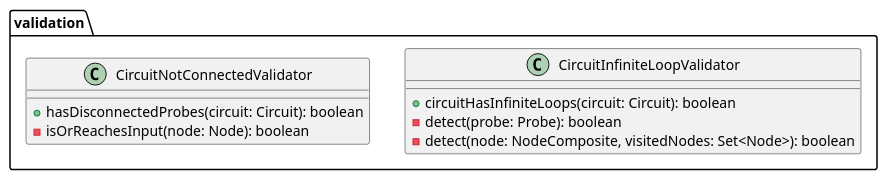
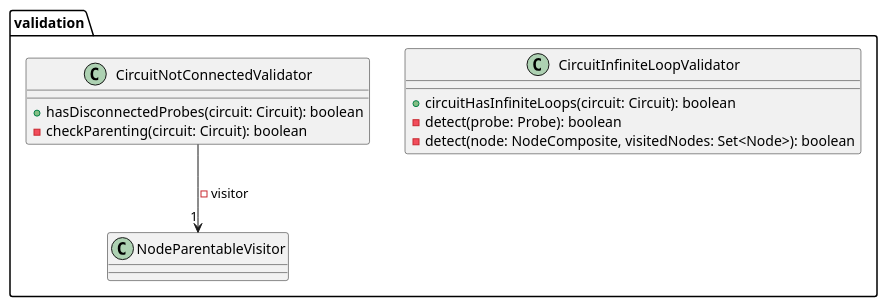
Before and after one commit to stevenliebregt/avans-dp1-sirkwie: the diagram in docs/diagrams/dkd-core-validation.puml, drawn with PlantUML. The commit also changed 122 other files, not shown here.

```diff
--- a/docs/diagrams/dkd-core-validation.puml
+++ b/docs/diagrams/dkd-core-validation.puml
@@ -1,16 +1,17 @@
 @startuml
 
 package validation {
     class CircuitInfiniteLoopValidator {
         +circuitHasInfiniteLoops(circuit: Circuit): boolean
         -detect(probe: Probe): boolean
         -detect(node: NodeComposite, visitedNodes: Set<Node>): boolean
     }
 
     class CircuitNotConnectedValidator {
         +hasDisconnectedProbes(circuit: Circuit): boolean
-        -isOrReachesInput(node: Node): boolean
+        -checkParenting(circuit: Circuit): boolean
     }
+    CircuitNotConnectedValidator --> "1" NodeParentableVisitor : -visitor
 }
 
 @enduml
```
